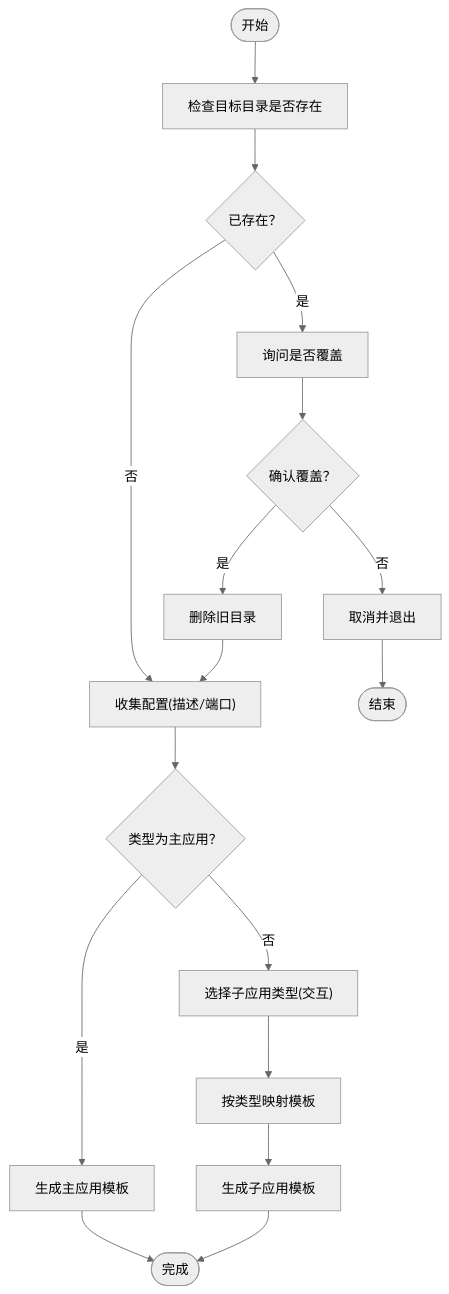
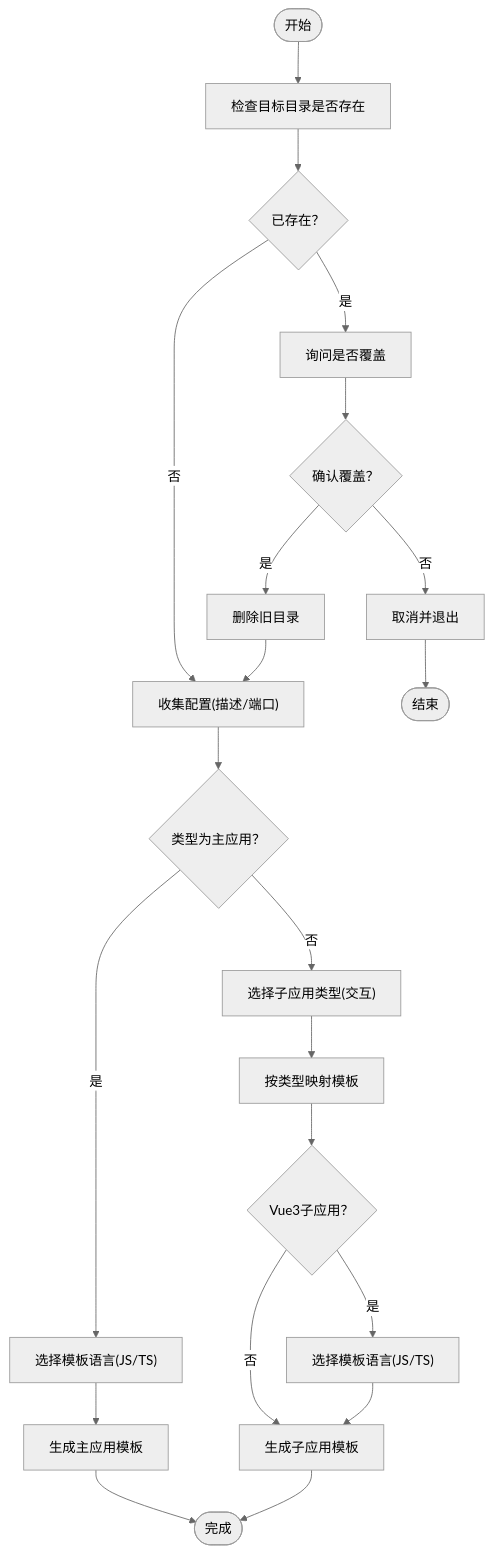
Before and after one commit to my-Sitara/artisan-base-frontend: the third of 5 diagrams in .qoder/repowiki/zh/content/CLI工具链.md, drawn with Mermaid (neutral theme). The commit also changed other lines of this file and 25 other files, not shown here.

````diff
--- a/.qoder/repowiki/zh/content/CLI工具链.md
+++ b/.qoder/repowiki/zh/content/CLI工具链.md
@@ -134,19 +144,23 @@
 ```mermaid
 flowchart TD
 Start(["开始"]) --> CheckDir["检查目标目录是否存在"]
 CheckDir --> Exists{"已存在？"}
 Exists --> |是| Confirm["询问是否覆盖"]
 Confirm --> Overwrite{"确认覆盖？"}
 Overwrite --> |否| Cancel["取消并退出"]
 Overwrite --> |是| Remove["删除旧目录"]
 Exists --> |否| Collect["收集配置(描述/端口)"]
 Remove --> Collect
 Collect --> Type{"类型为主应用？"}
-Type --> |是| GenMain["生成主应用模板"]
+Type --> |是| LangSel["选择模板语言(JS/TS)"]
+LangSel --> GenMain["生成主应用模板"]
 Type --> |否| SelectType["选择子应用类型(交互)"]
 SelectType --> MapType["按类型映射模板"]
-MapType --> GenSub["生成子应用模板"]
+MapType --> LangCheck{"Vue3子应用？"}
+LangCheck --> |是| LangSel2["选择模板语言(JS/TS)"]
+LangCheck --> |否| GenSub["生成子应用模板"]
+LangSel2 --> GenSub
 GenMain --> Done(["完成"])
 GenSub --> Done
 Cancel --> End(["结束"])
 ```
````
